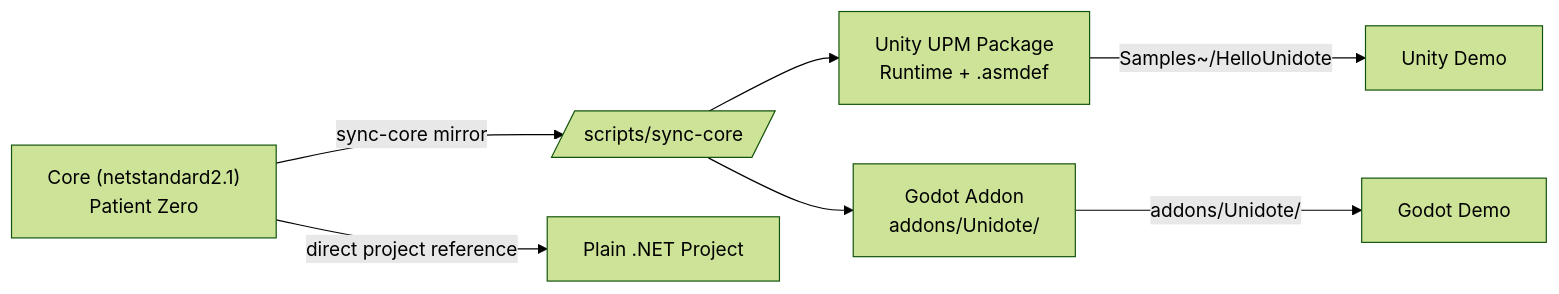
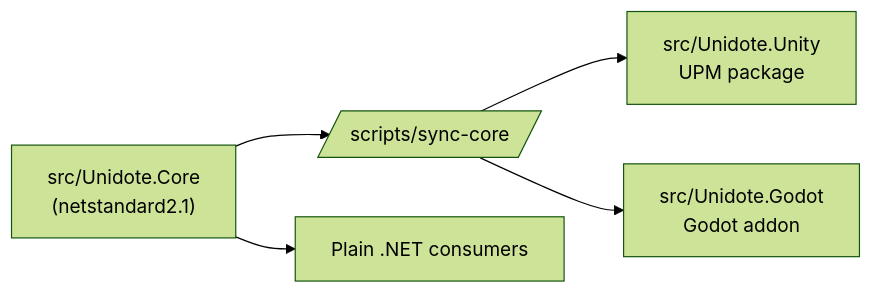
The diagram in docs/index.md (Shilo/unidote), drawn with Mermaid (forest theme) before and after one commit. The commit also changed other lines of this file and 30 other files, not shown here.

````diff
--- a/docs/index.md
+++ b/docs/index.md
@@ -77,15 +42,13 @@
 ```mermaid
 flowchart LR
-    Core["Core (netstandard2.1)<br/>Patient Zero"]
-    Unity["Unity UPM Package<br/>Runtime + .asmdef"]
-    Godot["Godot Addon<br/>addons/Unidote/"]
+    Core["src/Unidote.Core<br/>(netstandard2.1)"]
+    Unity["src/Unidote.Unity<br/>UPM package"]
+    Godot["src/Unidote.Godot<br/>Godot addon"]
     Sync[/"scripts/sync-core"/]
-    DotNet["Plain .NET Project"]
+    DotNet["Plain .NET consumers"]
 
-    Core -- "sync-core mirror" --> Sync
+    Core --> Sync
     Sync --> Unity
     Sync --> Godot
-    Core -- "direct project reference" --> DotNet
-    Unity -- "Samples~/HelloUnidote" --> DemoU["Unity Demo"]
-    Godot -- "addons/Unidote/" --> DemoG["Godot Demo"]
+    Core --> DotNet
 ```
````
